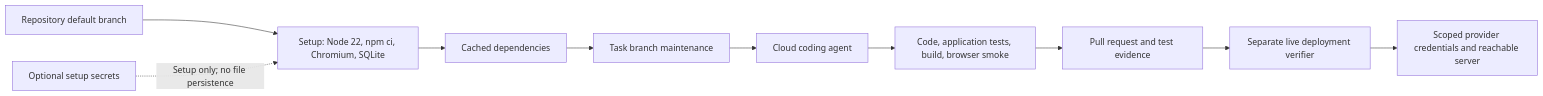
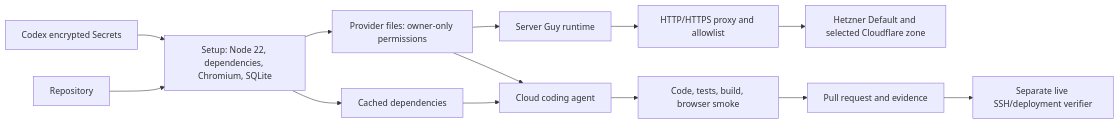
Before and after one commit to lustoykov/hallvi: the diagram in docs/architecture/codex-cloud.md, drawn with Mermaid. The commit also changed other lines of this file and 4 other files, not shown here.

Commit message:
Support trusted beta provider credentials in Codex cloud

````diff
--- a/docs/architecture/codex-cloud.md
+++ b/docs/architecture/codex-cloud.md
@@ -7,12 +8,15 @@
 ```mermaid
 flowchart LR
-    Repo[Repository default branch] --> Setup[Setup: Node 22, npm ci, Chromium, SQLite]
+    Repo[Repository] --> Setup[Setup: Node 22, dependencies, Chromium, SQLite]
+    Secrets[Codex encrypted Secrets] --> Setup
+    Setup --> Files[Provider files: owner-only permissions]
     Setup --> Cache[Cached dependencies]
-    Cache --> Maintenance[Task branch maintenance]
-    Maintenance --> Agent[Cloud coding agent]
-    Agent --> Checks[Code, application tests, build, browser smoke]
-    Checks --> PR[Pull request and test evidence]
-    Secrets[Optional setup secrets] -. Setup only; no file persistence .-> Setup
-    PR --> Verifier[Separate live deployment verifier]
-    Verifier --> Providers[Scoped provider credentials and reachable server]
+    Cache --> Agent[Cloud coding agent]
+    Files --> Agent
+    Files --> App[Server Guy runtime]
+    Agent --> Checks[Code, tests, build, browser smoke]
+    App --> Proxy[HTTP/HTTPS proxy and allowlist]
+    Proxy --> Providers[Hetzner Default and selected Cloudflare zone]
+    Checks --> PR[Pull request and evidence]
+    PR --> Verifier[Separate live SSH/deployment verifier]
 ```
````
